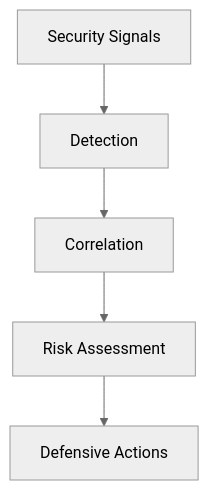
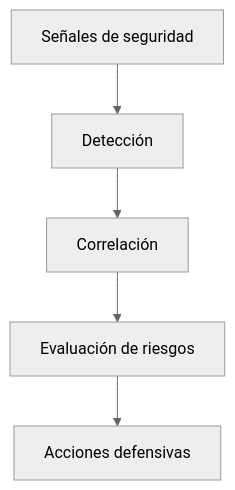
One commit to enigm-llc/docs changed the diagram in es/intelligence/overview.mdx. Above: the diagram before and after it, drawn with Mermaid (neutral theme). The commit also changed other lines of this file and 43 other files, not shown here.

````diff
--- a/es/intelligence/overview.mdx
+++ b/es/intelligence/overview.mdx
@@ -29,10 +27,13 @@
 ```mermaid
 flowchart TD
-  Signals["Security Signals"]
-  Detection["Detection"]
-  Correlation["Correlation"]
-  Risk["Risk Assessment"]
-  Actions["Defensive Actions"]
+  Signals["Señales de seguridad"]
+  Detection["Detección"]
+  Correlation["Correlación"]
+  Risk["Evaluación de riesgos"]
+  Actions["Acciones defensivas"]
 
-  Signals --> Detection --> Correlation --> Risk --> Actions
+  Signals --> Detection
+  Detection --> Correlation
+  Correlation --> Risk
+  Risk --> Actions
 ```
````
